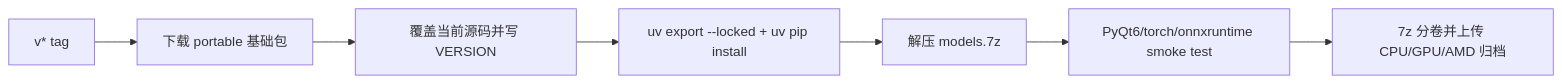
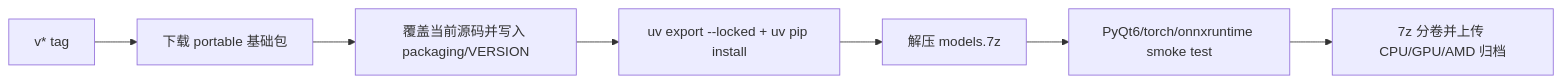
One commit to hgmzhn/manga-translator-ui changed the first of 2 diagrams in doc/wiki/zh/developer/packaging-and-release.md. Above: the diagram before and after it, drawn with Mermaid. The commit also changed other lines of this file and 6 other files, not shown here.

````diff
--- a/doc/wiki/zh/developer/packaging-and-release.md
+++ b/doc/wiki/zh/developer/packaging-and-release.md
@@ -61,9 +61,9 @@
 ```mermaid
 flowchart LR
     T["v* tag"] --> B["下载 portable 基础包"]
-    B --> S["覆盖当前源码并写 VERSION"]
+    B --> S["覆盖当前源码并写入 packaging/VERSION"]
     S --> D["uv export --locked + uv pip install"]
     D --> M["解压 models.7z"]
     M --> Q["PyQt6/torch/onnxruntime smoke test"]
     Q --> Z["7z 分卷并上传 CPU/GPU/AMD 归档"]
 ```
````
